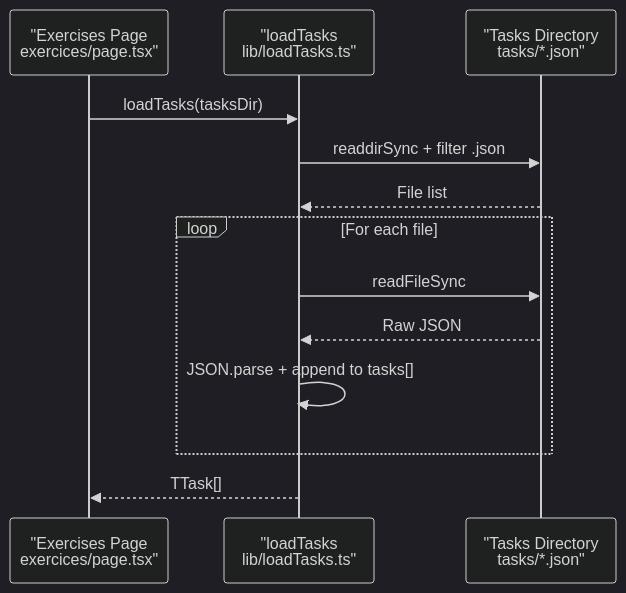
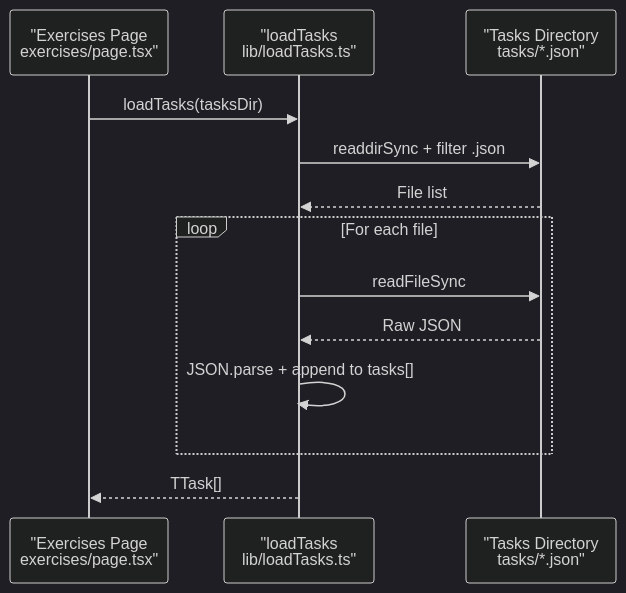
Before and after one commit to AlexKutz/math-app-next-js: the fourth of 7 diagrams in .qoder/repowiki/en/content/Core Features/Content Management System/Content Management System.md, drawn with Mermaid (dark theme). The commit also changed other lines of this file and 125 other files, not shown here.

````diff
--- a/.qoder/repowiki/en/content/Core Features/Content Management System/Content Management System.md
+++ b/.qoder/repowiki/en/content/Core Features/Content Management System/Content Management System.md
@@ -224,15 +279,15 @@
 ```mermaid
 sequenceDiagram
-participant Exercises as "Exercises Page<br/>exercices/page.tsx"
+participant Exercises as "Exercises Page<br/>exercises/page.tsx"
 participant Loader as "loadTasks<br/>lib/loadTasks.ts"
 participant FS as "Tasks Directory<br/>tasks/*.json"
 Exercises->>Loader : loadTasks(tasksDir)
 Loader->>FS : readdirSync + filter .json
 FS-->>Loader : File list
 loop For each file
 Loader->>FS : readFileSync
 FS-->>Loader : Raw JSON
 Loader->>Loader : JSON.parse + append to tasks[]
 end
 Loader-->>Exercises : TTask[]
 ```
````
